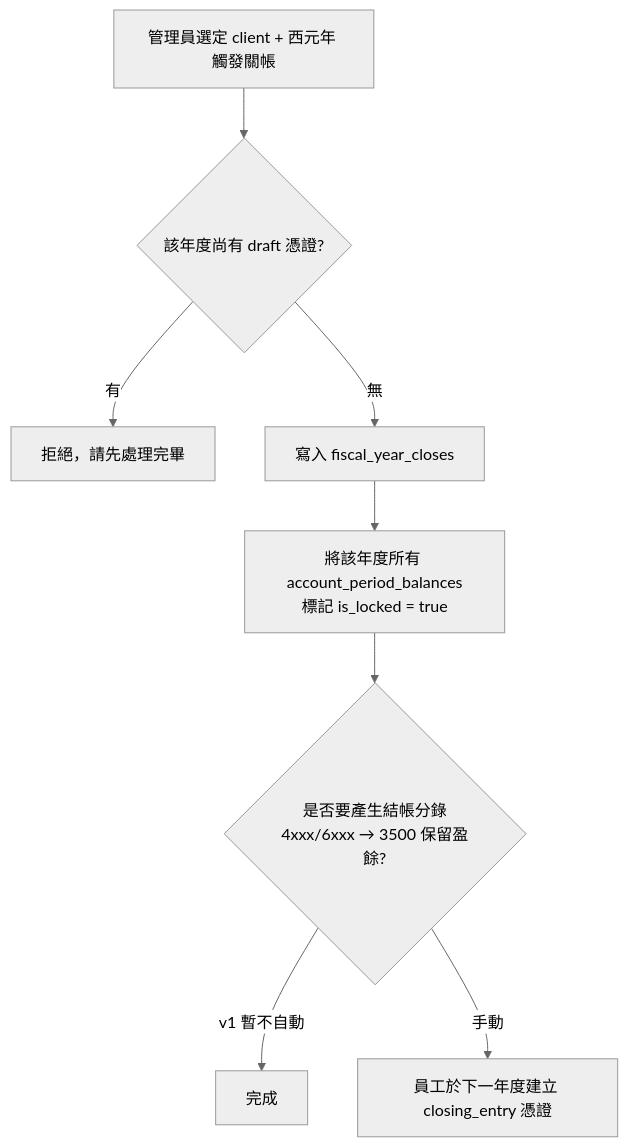
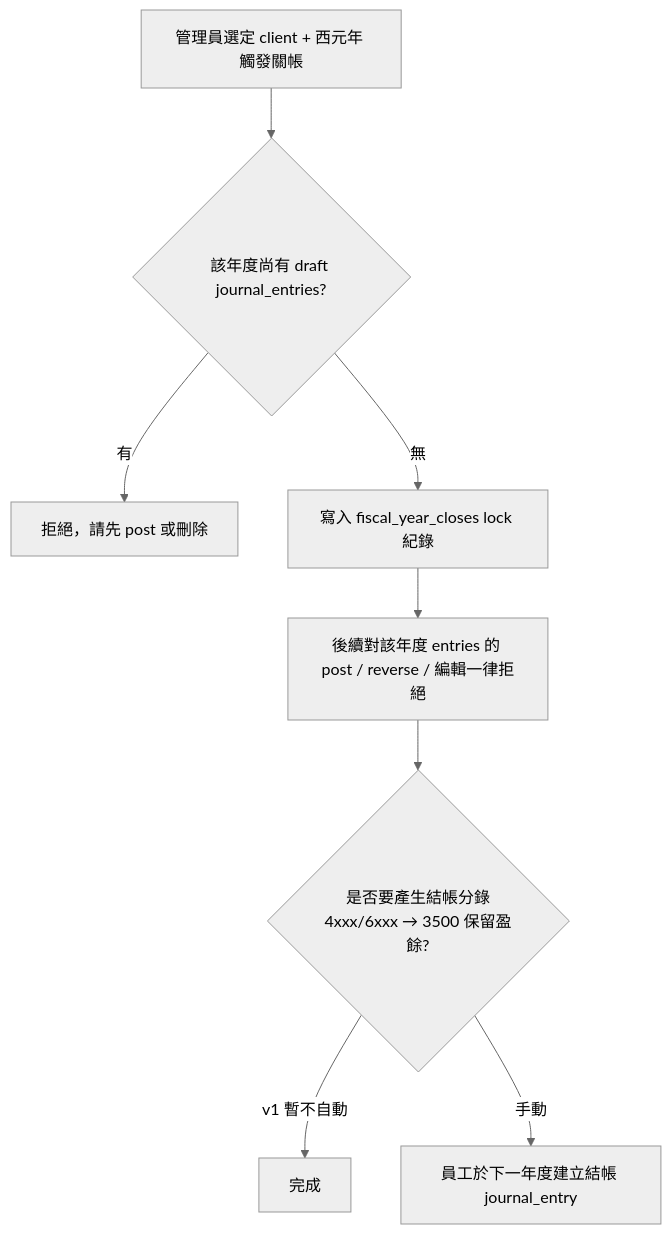
The fourth of 5 diagrams in docs/VOUCHER_JOURNAL_ENTRY_PLAN.md (angineering-co/ai-accounting-app), drawn with Mermaid (neutral theme) before and after one commit. The commit also changed other lines of this file and 1 other file, not shown here.

First line of the commit message:
Restructure voucher/journal entry plan around documents+entries+lines

````diff
--- a/docs/VOUCHER_JOURNAL_ENTRY_PLAN.md
+++ b/docs/VOUCHER_JOURNAL_ENTRY_PLAN.md
@@ -255,10 +347,10 @@
 ```mermaid
 flowchart TD
-  A[管理員選定 client + 西元年 觸發關帳] --> B{該年度尚有 draft 憑證?}
-  B -->|有| X[拒絕，請先處理完畢]
-  B -->|無| C[寫入 fiscal_year_closes]
-  C --> D[將該年度所有 account_period_balances<br/>標記 is_locked = true]
+  A[管理員選定 client + 西元年 觸發關帳] --> B{該年度尚有 draft journal_entries?}
+  B -->|有| X[拒絕，請先 post 或刪除]
+  B -->|無| C[寫入 fiscal_year_closes lock 紀錄]
+  C --> D[後續對該年度 entries 的 post / reverse / 編輯一律拒絕]
   D --> Y{是否要產生結帳分錄<br/>4xxx/6xxx → 3500 保留盈餘?}
   Y -->|v1 暫不自動| E[完成]
-  Y -->|手動| Z[員工於下一年度建立 closing_entry 憑證]
+  Y -->|手動| Z[員工於下一年度建立結帳 journal_entry]
 ```
````
